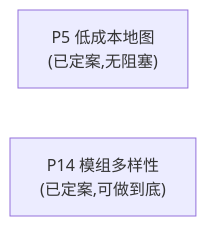
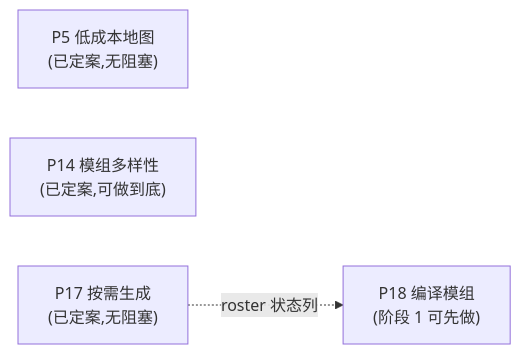
One commit to Mzihong/coc-keeper-kit changed the diagram in update_plan/README.md. Above: the diagram before and after it, drawn with Mermaid. The commit also changed other lines of this file and 32 other files, not shown here.

````diff
--- a/update_plan/README.md
+++ b/update_plan/README.md
@@ -25,5 +27,8 @@
 ```mermaid
 graph LR
     P5["P5 低成本地图<br/>(已定案,无阻塞)"]
     P14["P14 模组多样性<br/>(已定案,可做到底)"]
+    P17["P17 按需生成<br/>(已定案,无阻塞)"]
+    P18["P18 编译模组<br/>(阶段 1 可先做)"]
+    P17 -.roster 状态列.-> P18
 ```
````
